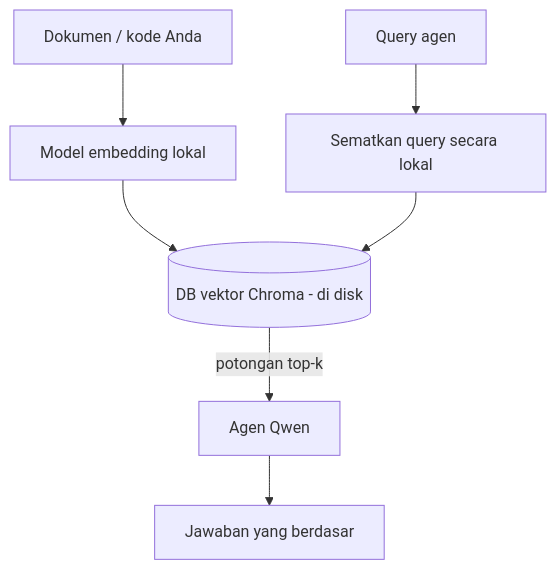
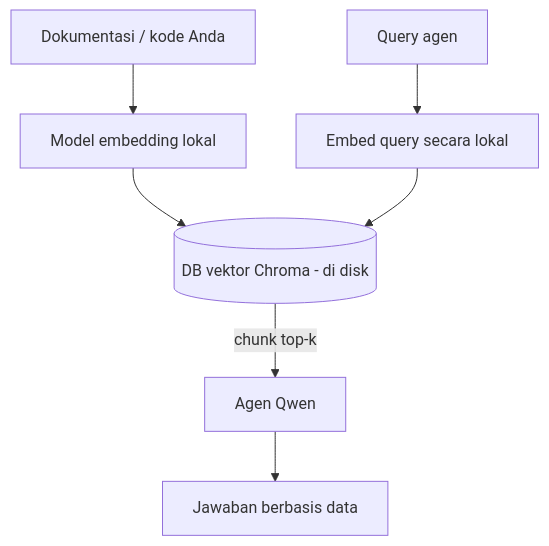
One commit to microsoft/ai-agents-for-beginners changed the third of 4 diagrams in translations/id/17-creating-local-ai-agents/README.md. Above: the diagram before and after it, drawn with Mermaid. The commit also changed other lines of this file and 46 other files, not shown here.

````diff
--- a/translations/id/17-creating-local-ai-agents/README.md
+++ b/translations/id/17-creating-local-ai-agents/README.md
@@ -125,9 +125,9 @@
 ```mermaid
 flowchart TB
-    D[Dokumen / kode Anda] --> E[Model embedding lokal]
+    D[Dokumentasi / kode Anda] --> E[Model embedding lokal]
     E --> V[(DB vektor Chroma - di disk)]
-    Q[Query agen] --> QE[Sematkan query secara lokal]
+    Q[Query agen] --> QE[Embed query secara lokal]
     QE --> V
-    V -->|potongan top-k| A[Agen Qwen]
-    A --> Ans[Jawaban yang berdasar]
+    V -->|chunk top-k| A[Agen Qwen]
+    A --> Ans[Jawaban berbasis data]
 ```
````
